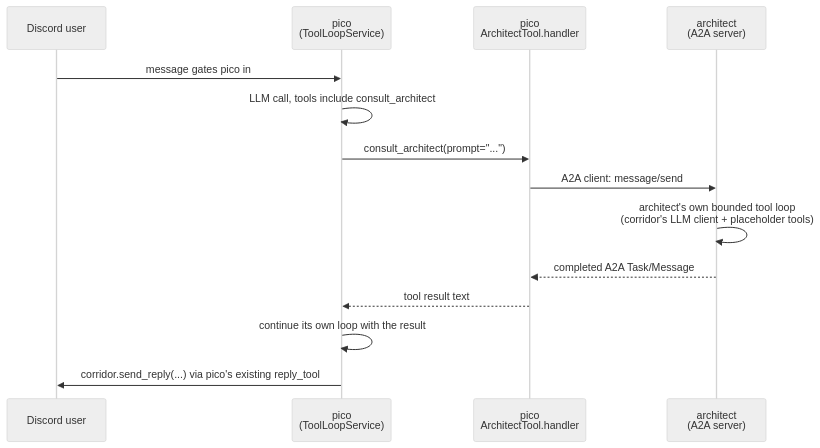
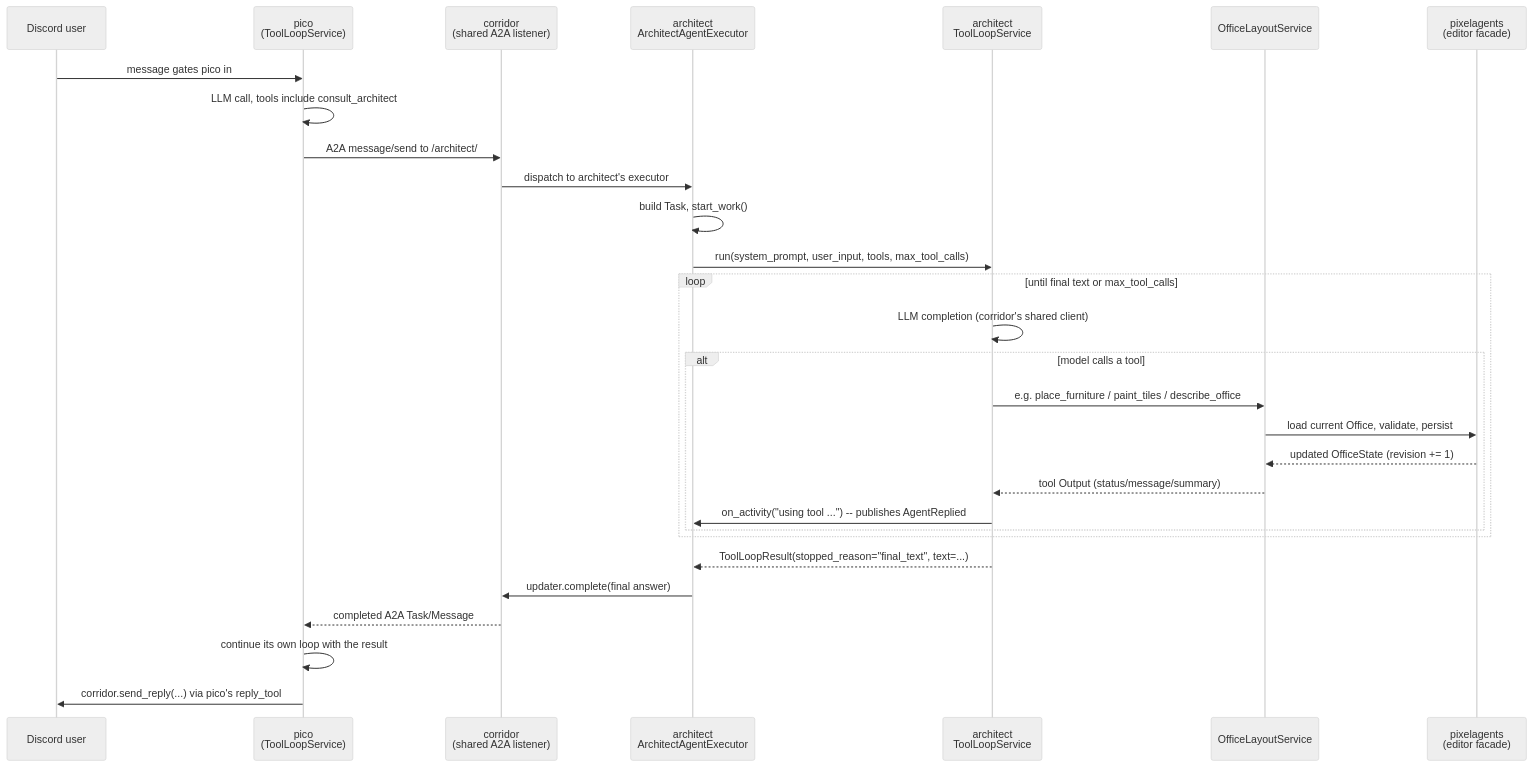
One commit to pixel-agents-hq/pixel-agents-cogs changed the second of 3 diagrams in docs/architect-design.md. Above: the diagram before and after it, drawn with Mermaid (neutral theme). The commit also changed other lines of this file and 39 other files, not shown here.

````diff
--- a/docs/architect-design.md
+++ b/docs/architect-design.md
@@ -227,17 +117,32 @@
 ```mermaid
 sequenceDiagram
     participant U as Discord user
     participant P as pico<br/>(ToolLoopService)
-    participant AT as pico<br/>ArchitectTool.handler
-    participant A as architect<br/>(A2A server)
+    participant C as corridor<br/>(shared A2A listener)
+    participant E as architect<br/>ArchitectAgentExecutor
+    participant TL as architect<br/>ToolLoopService
+    participant OS as OfficeLayoutService
+    participant PA as pixelagents<br/>(editor facade)
 
     U->>P: message gates pico in
     P->>P: LLM call, tools include consult_architect
-    P->>AT: consult_architect(prompt="...")
-    AT->>A: A2A client: message/send
-    A->>A: architect's own bounded tool loop<br/>(corridor's LLM client + placeholder tools)
-    A-->>AT: completed A2A Task/Message
-    AT-->>P: tool result text
+    P->>C: A2A message/send to /architect/
+    C->>E: dispatch to architect's executor
+    E->>E: build Task, start_work()
+    E->>TL: run(system_prompt, user_input, tools, max_tool_calls)
+    loop until final text or max_tool_calls
+        TL->>TL: LLM completion (corridor's shared client)
+        alt model calls a tool
+            TL->>OS: e.g. place_furniture / paint_tiles / describe_office
+            OS->>PA: load current Office, validate, persist
+            PA-->>OS: updated OfficeState (revision += 1)
+            OS-->>TL: tool Output (status/message/summary)
+            TL->>E: on_activity("using tool ...") -- publishes AgentReplied
+        end
+    end
+    TL-->>E: ToolLoopResult(stopped_reason="final_text", text=...)
+    E->>C: updater.complete(final answer)
+    C-->>P: completed A2A Task/Message
     P->>P: continue its own loop with the result
-    P->>U: corridor.send_reply(...) via pico's existing reply_tool
+    P->>U: corridor.send_reply(...) via pico's reply_tool
 ```
````
